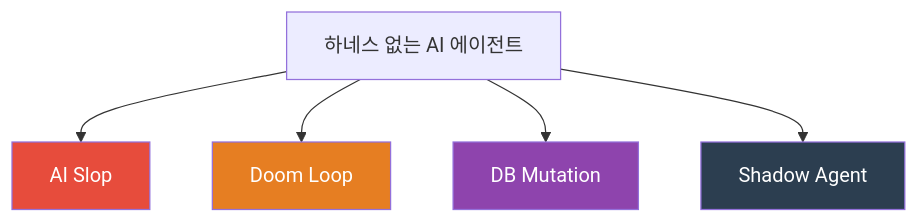
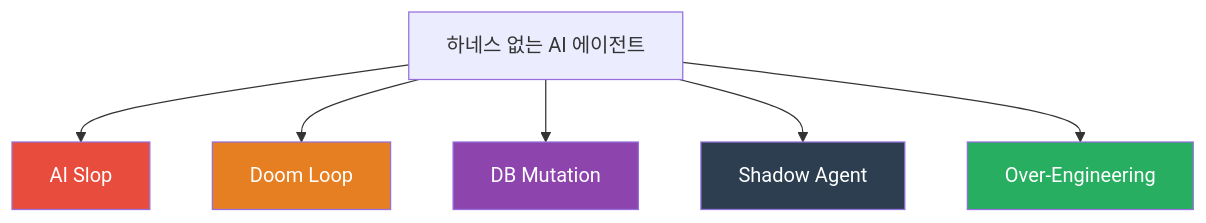
One commit to yeochul-jeon/claude-code-guides changed the first of 7 diagrams in guides/claude-code-하네스-심화-아키텍처.md. Above: the diagram before and after it, drawn with Mermaid. The commit also changed other lines of this file and 2 other files, not shown here.

First line of the commit message:
docs: Over-Engineering 실패 패턴 추가 + 크로스 링크 보강

````diff
--- a/guides/claude-code-하네스-심화-아키텍처.md
+++ b/guides/claude-code-하네스-심화-아키텍처.md
@@ -36,12 +37,14 @@
 ```mermaid
 graph TD
     A[하네스 없는 AI 에이전트] --> B[AI Slop]
     A --> C[Doom Loop]
     A --> D[DB Mutation]
     A --> E[Shadow Agent]
+    A --> F[Over-Engineering]
 
     style B fill:#e74c3c,color:#fff
     style C fill:#e67e22,color:#fff
     style D fill:#8e44ad,color:#fff
     style E fill:#2c3e50,color:#fff
+    style F fill:#27ae60,color:#fff
 ```
````
